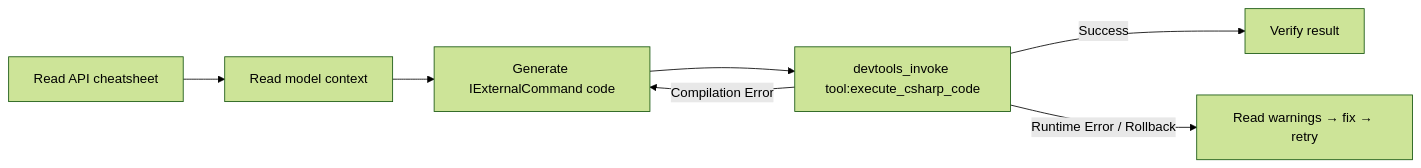
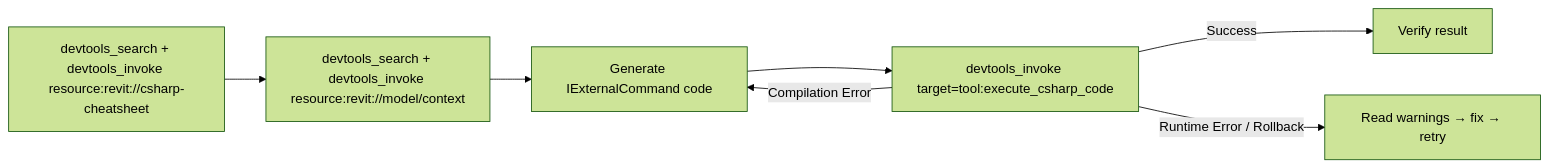
One commit to trgiangv/RevitDevTool changed the first of 4 diagrams in docs/MCP/workflows.md. Above: the diagram before and after it, drawn with Mermaid (forest theme). The commit also changed other lines of this file and 3 other files, not shown here.

````diff
--- a/docs/MCP/workflows.md
+++ b/docs/MCP/workflows.md
@@ -9,9 +20,9 @@
 ```mermaid
 flowchart LR
-    A[Read API cheatsheet] --> B[Read model context]
+    A[devtools_search + devtools_invoke resource:revit://csharp-cheatsheet] --> B[devtools_search + devtools_invoke resource:revit://model/context]
     B --> C[Generate IExternalCommand code]
-    C --> D[devtools_invoke tool:execute_csharp_code]
+    C --> D[devtools_invoke target=tool:execute_csharp_code]
     D -->|Success| E[Verify result]
     D -->|Compilation Error| C
     D -->|Runtime Error / Rollback| F[Read warnings → fix → retry]
 ```
````
